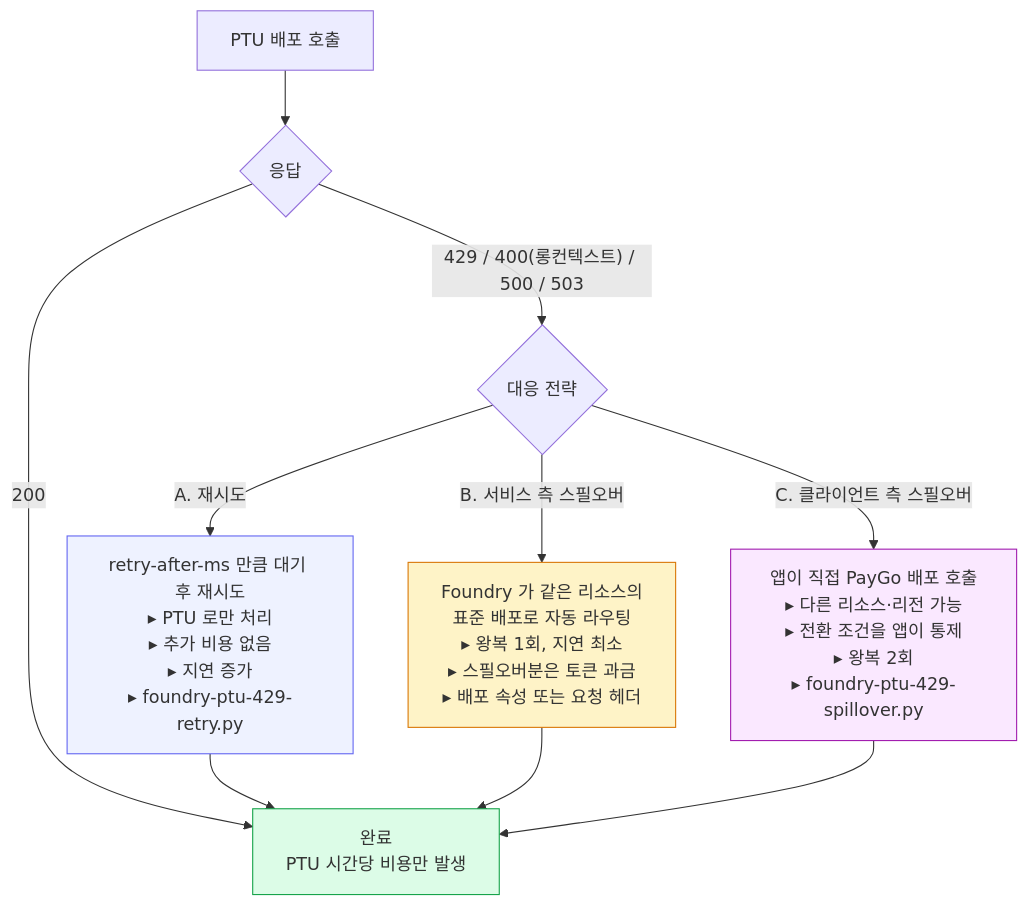
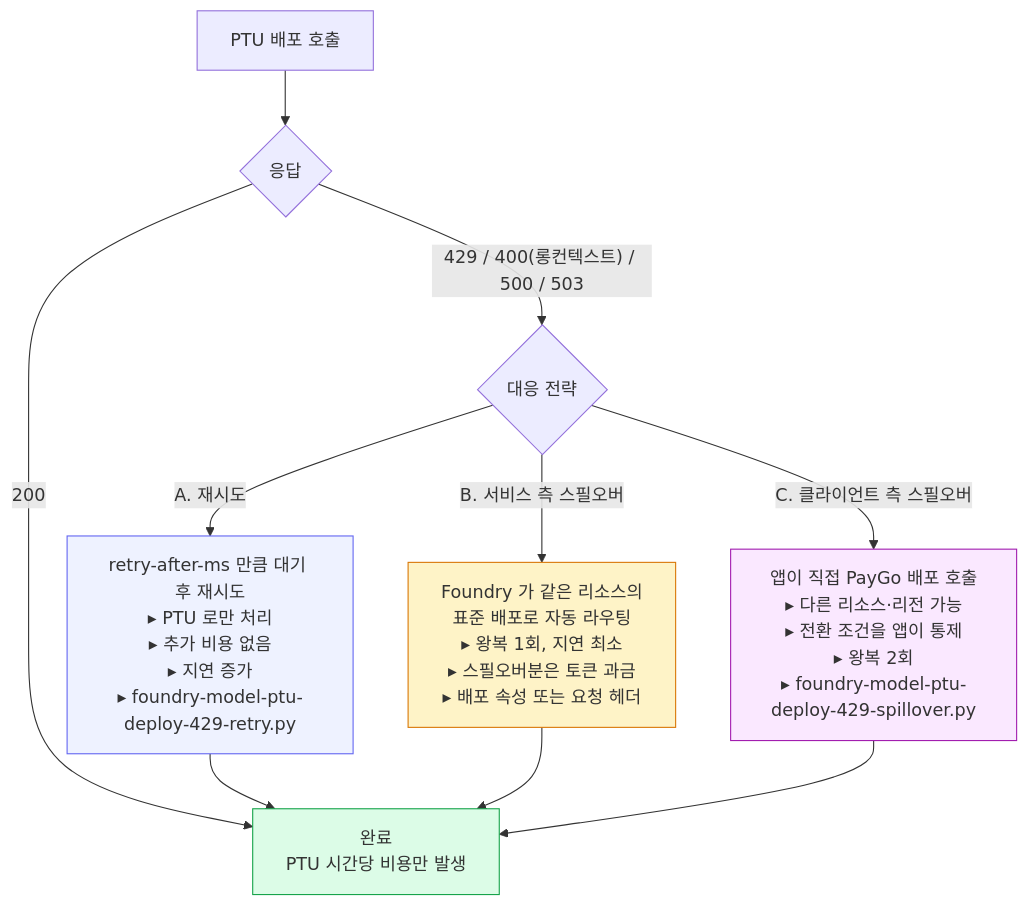
Before and after one commit to ivorycloud1013/lab-azure-guide-foundry-ptu: the sixth of 6 diagrams in README.md, drawn with Mermaid. The commit also changed other lines of this file and 5 other files, not shown here.

````diff
--- a/README.md
+++ b/README.md
@@ -425,19 +450,19 @@
 ```mermaid
 flowchart TB
     Start["PTU 배포 호출"] --> Code{"응답"}
     Code -->|"200"| Done["완료<br/>PTU 시간당 비용만 발생"]
     Code -->|"429 / 400(롱컨텍스트) / 500 / 503"| Strat{"대응 전략"}
 
-    Strat -->|"A. 재시도"| A["retry-after-ms 만큼 대기 후 재시도<br/>▸ PTU 로만 처리<br/>▸ 추가 비용 없음<br/>▸ 지연 증가<br/>▸ foundry-ptu-429-retry.py"]
+    Strat -->|"A. 재시도"| A["retry-after-ms 만큼 대기 후 재시도<br/>▸ PTU 로만 처리<br/>▸ 추가 비용 없음<br/>▸ 지연 증가<br/>▸ foundry-model-ptu-deploy-429-retry.py"]
     Strat -->|"B. 서비스 측 스필오버"| B["Foundry 가 같은 리소스의<br/>표준 배포로 자동 라우팅<br/>▸ 왕복 1회, 지연 최소<br/>▸ 스필오버분은 토큰 과금<br/>▸ 배포 속성 또는 요청 헤더"]
-    Strat -->|"C. 클라이언트 측 스필오버"| C["앱이 직접 PayGo 배포 호출<br/>▸ 다른 리소스·리전 가능<br/>▸ 전환 조건을 앱이 통제<br/>▸ 왕복 2회<br/>▸ foundry-ptu-429-spillover.py"]
+    Strat -->|"C. 클라이언트 측 스필오버"| C["앱이 직접 PayGo 배포 호출<br/>▸ 다른 리소스·리전 가능<br/>▸ 전환 조건을 앱이 통제<br/>▸ 왕복 2회<br/>▸ foundry-model-ptu-deploy-429-spillover.py"]
 
     A --> Done
     B --> Done
     C --> Done
 
     style Done fill:#dcfce7,stroke:#16a34a
     style A fill:#eef2ff,stroke:#6366f1
     style B fill:#fef3c7,stroke:#d97706
     style C fill:#fae8ff,stroke:#a21caf
 ```
````
